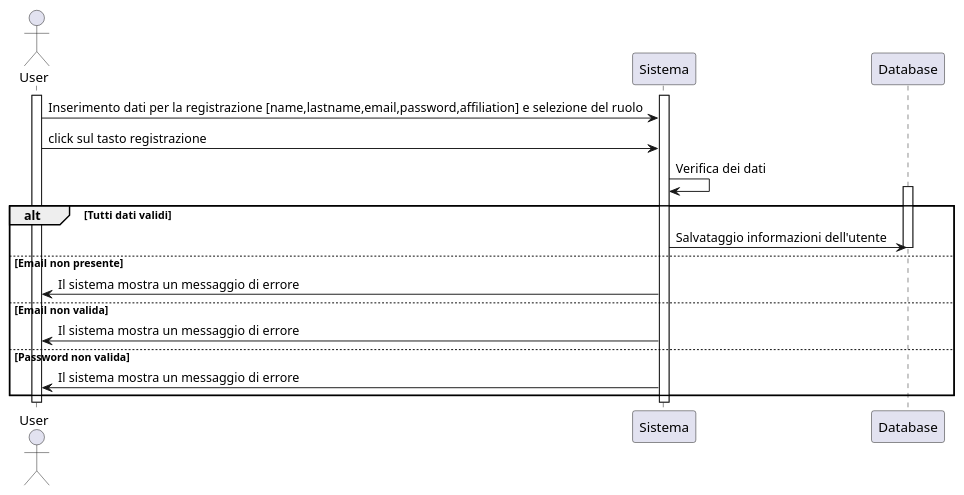
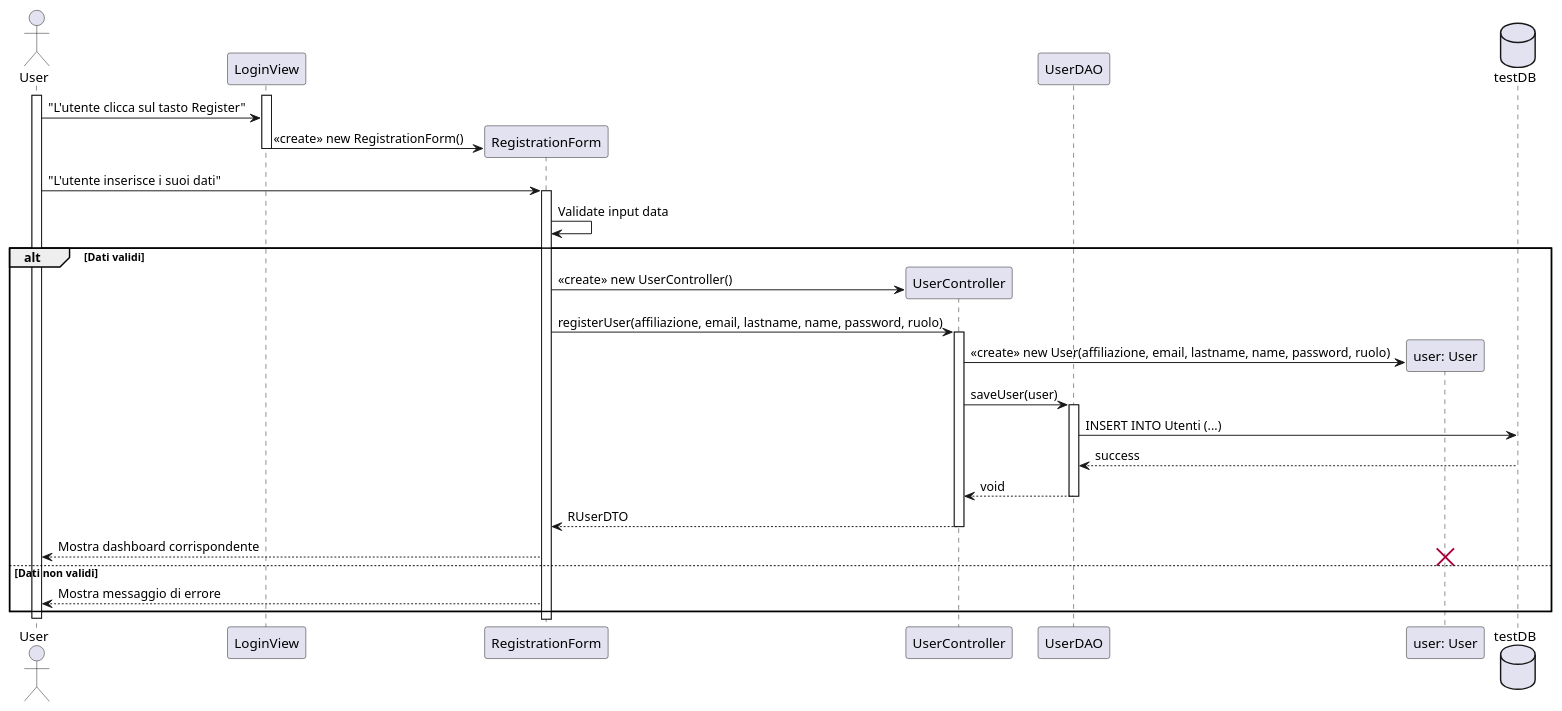
The diagram in VisualParadigm/diagramma_sequenza_registrazione.puml (Air4x/Progetto_ISW), drawn with PlantUML before and after one commit.

Commit message:
doc: Creato sequence diagram per Registrazione

```diff
--- a/VisualParadigm/diagramma_sequenza_registrazione.puml
+++ b/VisualParadigm/diagramma_sequenza_registrazione.puml
@@ -1,28 +1,41 @@
 @startuml
 
-actor User as us
-participant "Sistema" as ui
-participant "Database" as db
+actor User 
+participant "LoginView"
+participant "RegistrationForm"
+participant "UserController"
+participant "UserDAO"
+participant "user: User" as user
+database "testDB"
 
-activate us
-activate ui
-us -> ui : Inserimento dati per la registrazione [name,lastname,email,password,affiliation] e selezione del ruolo
-us -> ui : click sul tasto registrazione
-ui->ui: Verifica dei dati
-alt Tutti dati validi
-activate db
-ui->db: Salvataggio informazioni dell'utente
-deactivate db
-else Email non presente
-ui->us: Il sistema mostra un messaggio di errore
-else Email non valida
-ui->us: Il sistema mostra un messaggio di errore
-else Password non valida
-ui->us:  Il sistema mostra un messaggio di errore 
+activate User
+activate LoginView	
+User -> LoginView : "L'utente clicca sul tasto Register"
+create RegistrationForm
+LoginView -> RegistrationForm : <<create>> new RegistrationForm()
+deactivate LoginView
+User -> RegistrationForm : "L'utente inserisce i suoi dati"
+activate RegistrationForm
+RegistrationForm -> RegistrationForm : Validate input data
+alt Dati validi
+    create UserController
+    RegistrationForm -> UserController: <<create>> new UserController()
+    RegistrationForm -> UserController: registerUser(affiliazione, email, lastname, name, password, ruolo)
+    activate UserController
+    create user
+    UserController -> user : <<create>> new User(affiliazione, email, lastname, name, password, ruolo)
+    UserController -> UserDAO : saveUser(user)
+    activate UserDAO
+    UserDAO -> testDB: INSERT INTO Utenti (...)
+    testDB --> UserDAO: success
+    UserDAO --> UserController: void
+    deactivate UserDAO
+    UserController --> RegistrationForm: RUserDTO
+    deactivate UserController
+    RegistrationForm --> User : Mostra dashboard corrispondente
+    destroy user
+else Dati non validi
+RegistrationForm --> User: Mostra messaggio di errore
 end
-
-deactivate us
-deactivate ui
-
-
+deactivate User
 @enduml
```
